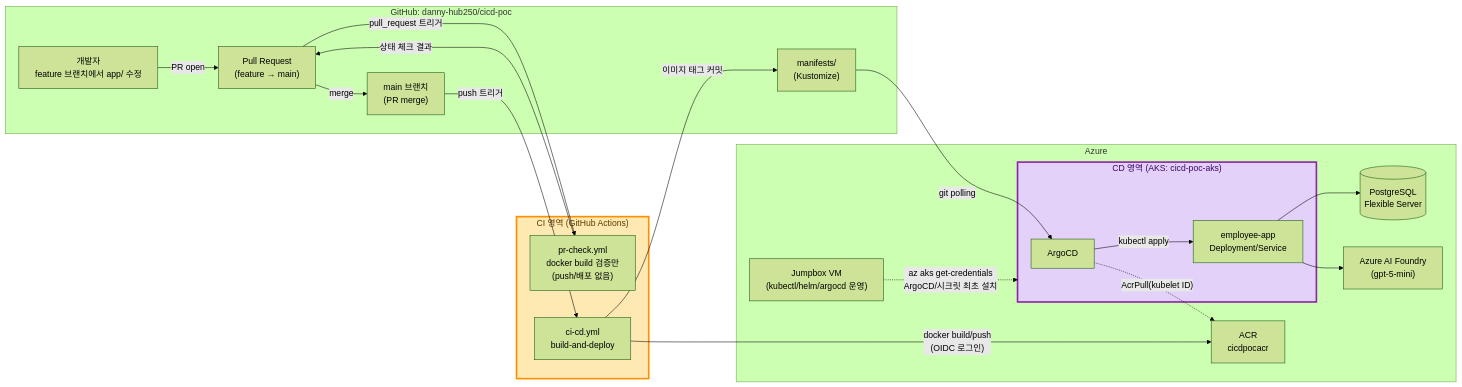
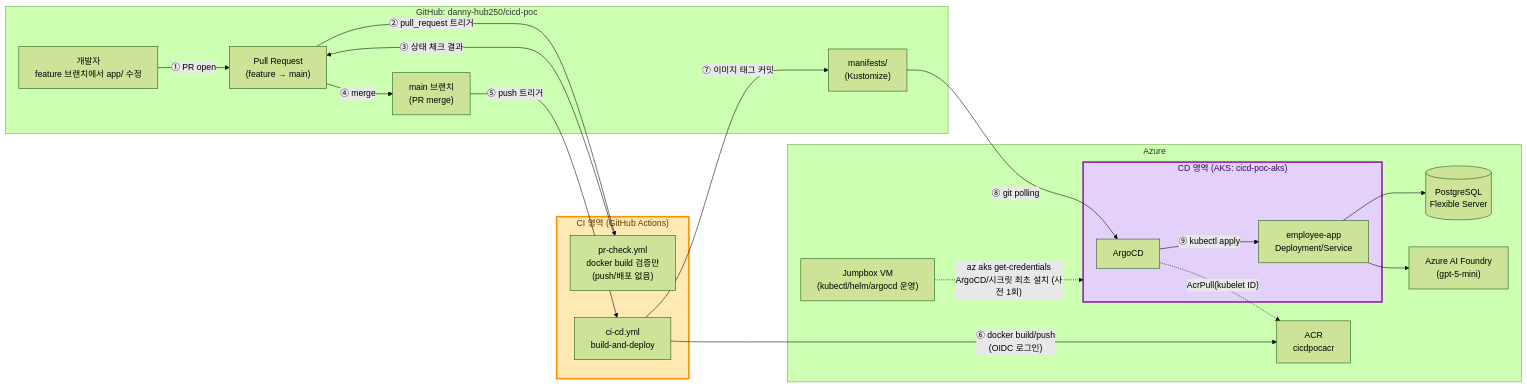
One commit to danny-hub250/cicd-poc changed the first of 2 diagrams in README.md. Above: the diagram before and after it, drawn with Mermaid (forest theme). The commit also changed other lines of this file, not shown here.

Commit message:
docs: number the CI/CD flow steps in the architecture diagram

````diff
--- a/README.md
+++ b/README.md
@@ -14,43 +14,43 @@
 ```mermaid
 flowchart LR
     subgraph GitHub["GitHub: danny-hub250/cicd-poc"]
         DEV["개발자\nfeature 브랜치에서 app/ 수정"]
         PR["Pull Request\n(feature → main)"]
         MAIN["main 브랜치\n(PR merge)"]
         MANI["manifests/\n(Kustomize)"]
-        DEV -->|PR open| PR
-        PR -->|merge| MAIN
+        DEV -->|"① PR open"| PR
+        PR -->|"④ merge"| MAIN
     end
 
     subgraph CI["CI 영역 (GitHub Actions)"]
         PRCHECK["pr-check.yml\ndocker build 검증만\n(push/배포 없음)"]
         BUILD["ci-cd.yml\nbuild-and-deploy"]
     end
 
-    PR -->|"pull_request 트리거"| PRCHECK
-    PRCHECK -->|"상태 체크 결과"| PR
-    MAIN -->|"push 트리거"| BUILD
-    BUILD -->|"이미지 태그 커밋"| MANI
+    PR -->|"② pull_request 트리거"| PRCHECK
+    PRCHECK -->|"③ 상태 체크 결과"| PR
+    MAIN -->|"⑤ push 트리거"| BUILD
+    BUILD -->|"⑦ 이미지 태그 커밋"| MANI
 
     subgraph Azure["Azure"]
         ACR["ACR\ncicdpocacr"]
         subgraph CD["CD 영역 (AKS: cicd-poc-aks)"]
             ARGO["ArgoCD"]
             APP["employee-app\nDeployment/Service"]
         end
         DB[("PostgreSQL\nFlexible Server")]
         FOUNDRY["Azure AI Foundry\n(gpt-5-mini)"]
         VM["Jumpbox VM\n(kubectl/helm/argocd 운영)"]
     end
 
-    BUILD -->|"docker build/push\n(OIDC 로그인)"| ACR
-    MANI -->|"git polling"| ARGO
-    ARGO -->|"kubectl apply"| APP
+    BUILD -->|"⑥ docker build/push\n(OIDC 로그인)"| ACR
+    MANI -->|"⑧ git polling"| ARGO
+    ARGO -->|"⑨ kubectl apply"| APP
     ARGO -.->|"AcrPull(kubelet ID)"| ACR
     APP --> DB
     APP --> FOUNDRY
-    VM -.->|"az aks get-credentials\nArgoCD/시크릿 최초 설치"| CD
+    VM -.->|"az aks get-credentials\nArgoCD/시크릿 최초 설치 (사전 1회)"| CD
 
     style CI fill:#FFE9B3,stroke:#FF8F00,stroke-width:3px,color:#5C3D00
     style CD fill:#E3D1FA,stroke:#8E24AA,stroke-width:3px,color:#3B0764
 ```
````
